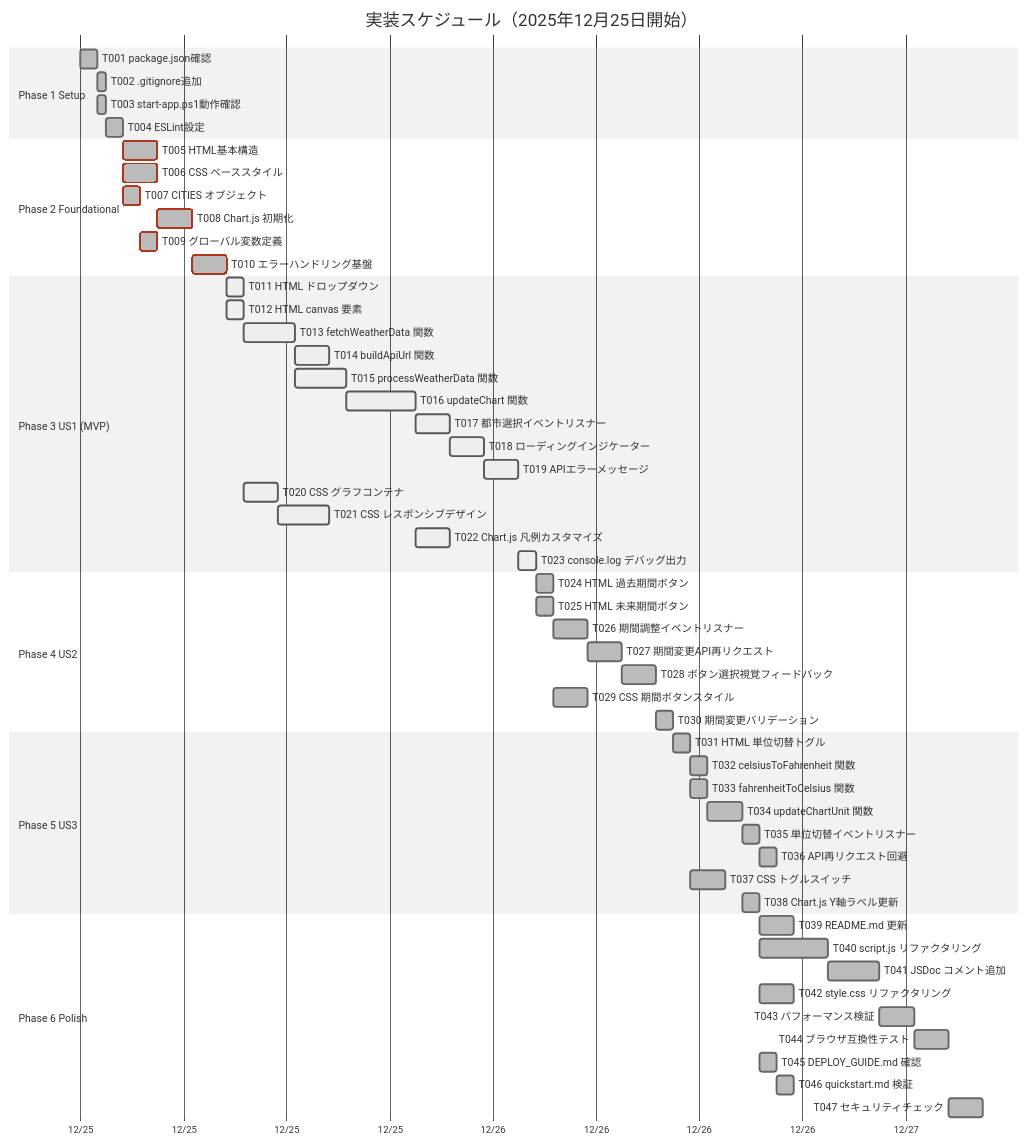
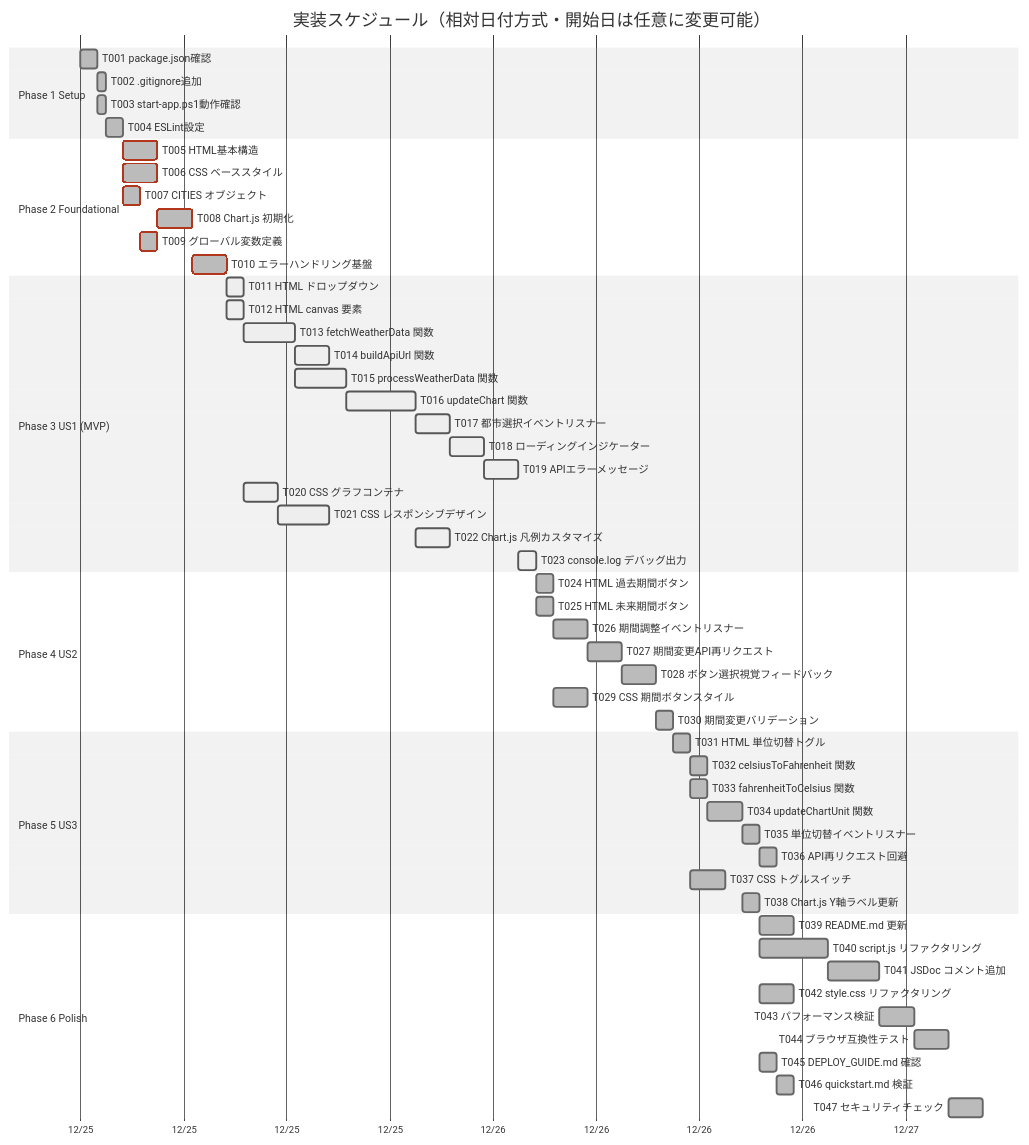
The first of 3 diagrams in specs/001-weather-forecast-app/tasks.md (J1921604/open-meteo), drawn with Mermaid (neutral theme) before and after one commit. The commit also changed other lines of this file and 3 other files, not shown here.

````diff
--- a/specs/001-weather-forecast-app/tasks.md
+++ b/specs/001-weather-forecast-app/tasks.md
@@ -144,66 +144,66 @@
 ```mermaid
 gantt
-    title 実装スケジュール（2025年12月25日開始）
+    title 実装スケジュール（相対日付方式・開始日は任意に変更可能）
     dateFormat YYYY-MM-DD
     axisFormat %m/%d
-    excludes weekends 2025-12-27 2025-12-28 2025-12-29 2025-12-30 2025-12-31 2025-01-01 2025-01-02 2025-01-03 2025-01-04
+    excludes weekends
     
     section Phase 1 Setup
     T001 package.json確認            :done, t001, 2025-12-25, 1h
     T002 .gitignore追加              :done, t002, after t001, 30m
     T003 start-app.ps1動作確認       :done, t003, after t001, 30m
     T004 ESLint設定                  :done, t004, after t002, 1h
     
     section Phase 2 Foundational
     T005 HTML基本構造                :crit, done, t005, after t004, 2h
     T006 CSS ベーススタイル          :crit, done, t006, after t004, 2h
     T007 CITIES オブジェクト         :crit, done, t007, after t004, 1h
     T008 Chart.js 初期化             :crit, done, t008, after t005, 2h
     T009 グローバル変数定義          :crit, done, t009, after t007, 1h
     T010 エラーハンドリング基盤      :crit, done, t010, after t008, 2h
     
     section Phase 3 US1 (MVP)
     T011 HTML ドロップダウン         :active, done, t011, after t010, 1h
     T012 HTML canvas 要素            :active, done, t012, after t010, 1h
     T013 fetchWeatherData 関数       :active, done, t013, after t011, 3h
     T014 buildApiUrl 関数            :active, done, t014, after t013, 2h
     T015 processWeatherData 関数     :active, done, t015, after t013, 3h
     T016 updateChart 関数            :active, done, t016, after t015, 4h
     T017 都市選択イベントリスナー    :active, done, t017, after t016, 2h
     T018 ローディングインジケーター  :active, done, t018, after t017, 2h
     T019 APIエラーメッセージ         :active, done, t019, after t018, 2h
     T020 CSS グラフコンテナ          :active, done, t020, after t012, 2h
     T021 CSS レスポンシブデザイン    :active, done, t021, after t020, 3h
     T022 Chart.js 凡例カスタマイズ   :active, done, t022, after t016, 2h
     T023 console.log デバッグ出力    :active, done, t023, after t019, 1h
     
     section Phase 4 US2
     T024 HTML 過去期間ボタン         :done, t024, after t023, 1h
     T025 HTML 未来期間ボタン         :done, t025, after t023, 1h
     T026 期間調整イベントリスナー    :done, t026, after t025, 2h
     T027 期間変更API再リクエスト     :done, t027, after t026, 2h
     T028 ボタン選択視覚フィードバック:done, t028, after t027, 2h
     T029 CSS 期間ボタンスタイル      :done, t029, after t024, 2h
     T030 期間変更バリデーション      :done, t030, after t028, 1h
     
     section Phase 5 US3
     T031 HTML 単位切替トグル         :done, t031, after t030, 1h
     T032 celsiusToFahrenheit 関数    :done, t032, after t031, 1h
     T033 fahrenheitToCelsius 関数    :done, t033, after t031, 1h
     T034 updateChartUnit 関数        :done, t034, after t033, 2h
     T035 単位切替イベントリスナー    :done, t035, after t034, 1h
     T036 API再リクエスト回避         :done, t036, after t035, 1h
     T037 CSS トグルスイッチ          :done, t037, after t031, 2h
     T038 Chart.js Y軸ラベル更新      :done, t038, after t034, 1h
     
     section Phase 6 Polish
     T039 README.md 更新              :done, t039, after t038, 2h
     T040 script.js リファクタリング  :done, t040, after t038, 4h
     T041 JSDoc コメント追加          :done, t041, after t040, 3h
     T042 style.css リファクタリング  :done, t042, after t038, 2h
     T043 パフォーマンス検証          :done, t043, after t041, 2h
     T044 ブラウザ互換性テスト        :done, t044, after t043, 2h
     T045 DEPLOY_GUIDE.md 確認        :done, t045, after t038, 1h
     T046 quickstart.md 検証          :done, t046, after t045, 1h
     T047 セキュリティチェック        :done, t047, after t044, 2h
 ```
````
